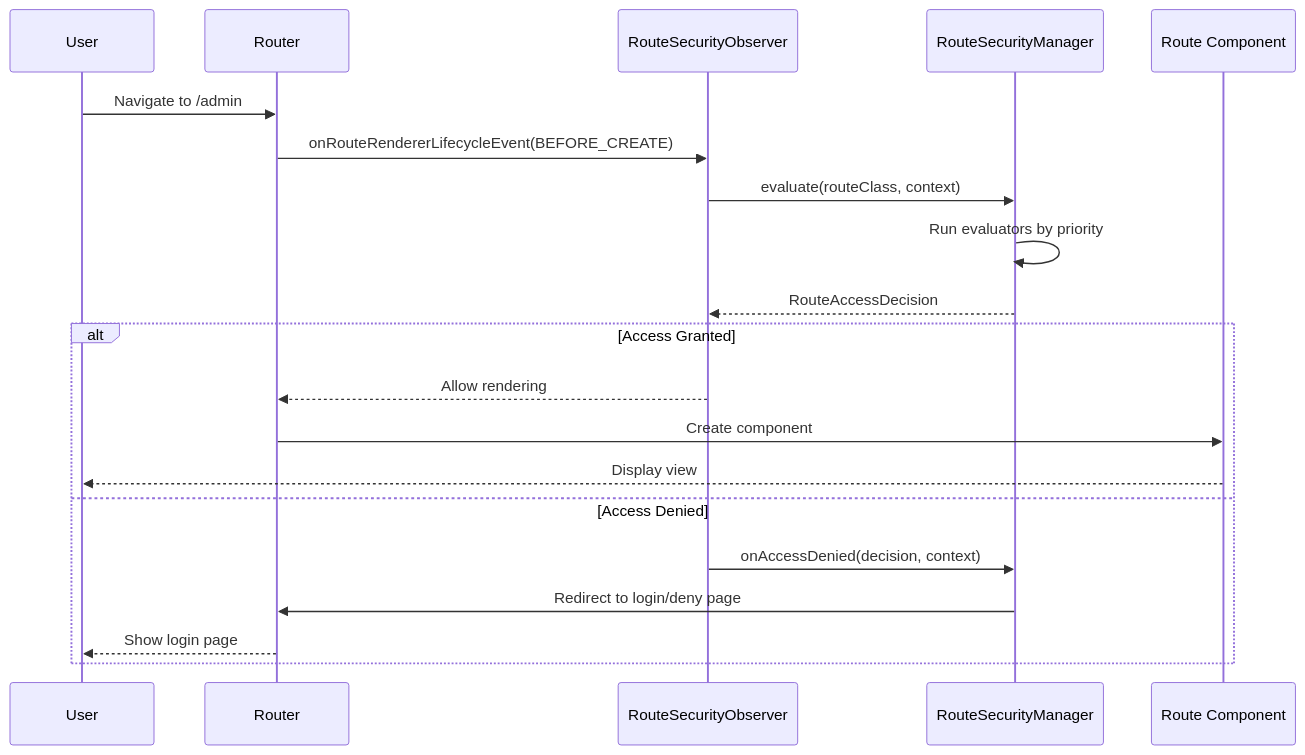
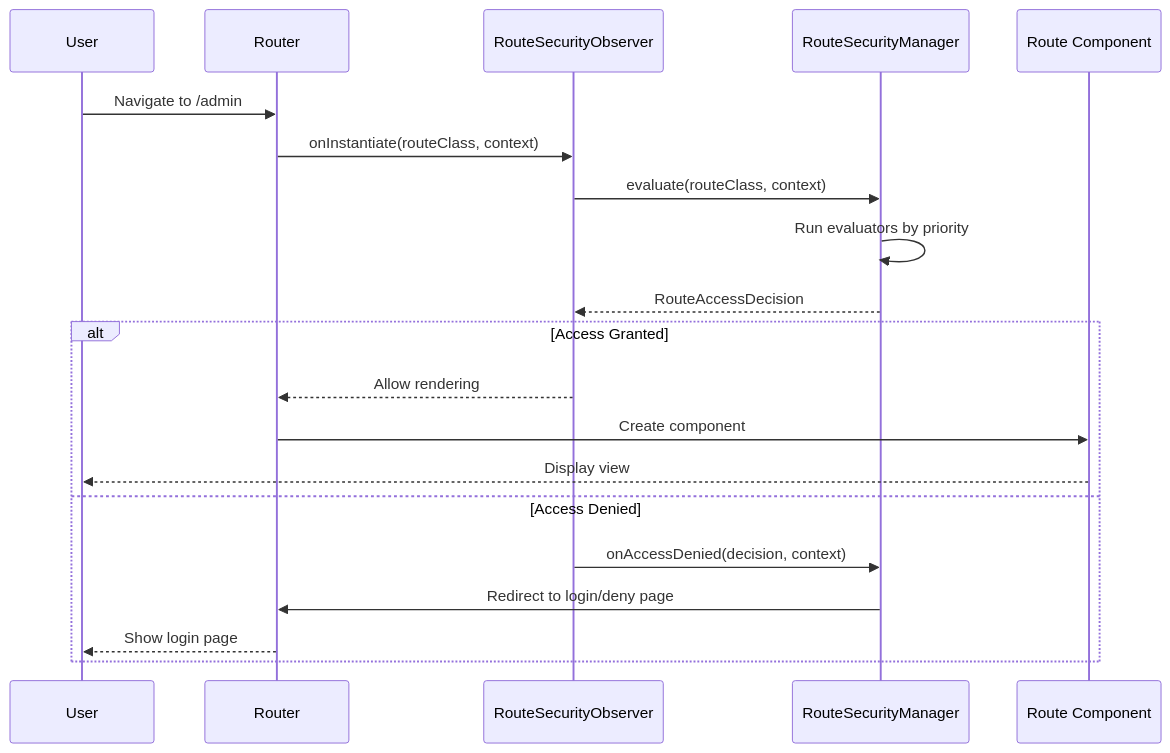
One commit to webforj/webforj-documentation changed the diagram in docs/docs/security/architecture/navigation-flow.md. Above: the diagram before and after it, drawn with Mermaid. The commit also changed other lines of this file, not shown here.

Commit message:
fix: update navigation flow documentation to reflect method name changes in RouteSecurityObserver

````diff
--- a/docs/docs/security/architecture/navigation-flow.md
+++ b/docs/docs/security/architecture/navigation-flow.md
@@ -34,24 +34,24 @@
 ```mermaid
 sequenceDiagram
   participant User
   participant Router
   participant Observer as RouteSecurityObserver
   participant Manager as RouteSecurityManager
   participant Component as Route Component
 
   User->>Router: Navigate to /admin
-  Router->>Observer: onRouteRendererLifecycleEvent(BEFORE_CREATE)
+  Router->>Observer: onInstantiate(routeClass, context)
   Observer->>Manager: evaluate(routeClass, context)
   Manager->>Manager: Run evaluators by priority
   Manager-->>Observer: RouteAccessDecision
 
   alt Access Granted
     Observer-->>Router: Allow rendering
     Router->>Component: Create component
     Component-->>User: Display view
   else Access Denied
     Observer->>Manager: onAccessDenied(decision, context)
     Manager->>Router: Redirect to login/deny page
     Router-->>User: Show login page
   end
 ```
````
